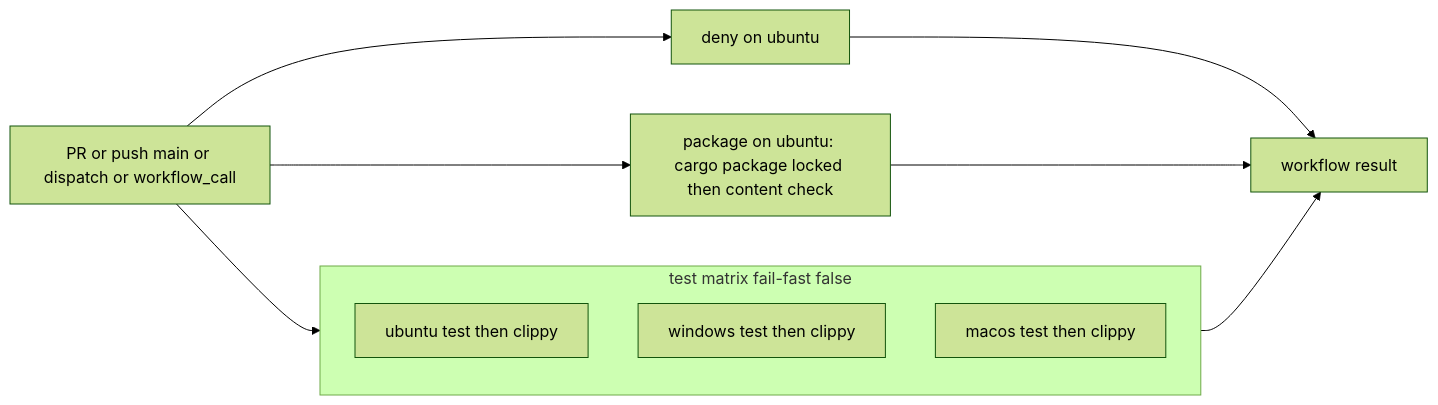
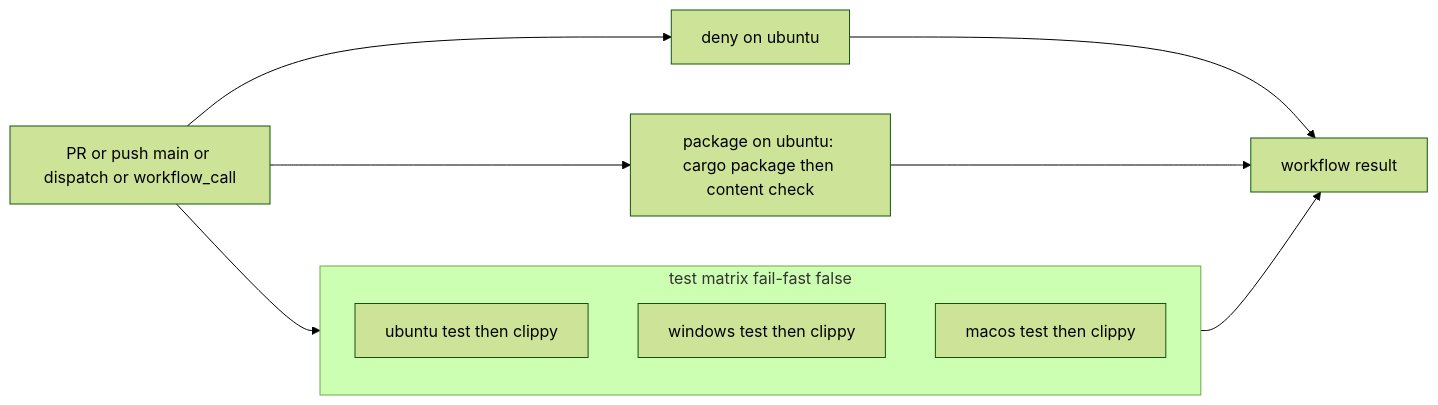
Before and after one commit to ekicyou/shiori4: the second of 2 diagrams in .kiro/specs/crate-publish-ready/design.md, drawn with Mermaid (forest theme). The commit also changed other lines of this file and 2 other files, not shown here.

````diff
--- a/.kiro/specs/crate-publish-ready/design.md
+++ b/.kiro/specs/crate-publish-ready/design.md
@@ -134,16 +129,16 @@
 ```mermaid
 graph LR
     Trigger[PR or push main or dispatch or workflow_call] --> Test
     Trigger --> Deny
     Trigger --> Package
     subgraph Test[test matrix fail-fast false]
         T1[ubuntu test then clippy]
         T2[windows test then clippy]
         T3[macos test then clippy]
     end
     Deny[deny on ubuntu]
-    Package[package on ubuntu: cargo package locked then content check]
+    Package[package on ubuntu: cargo package then content check]
     Test --> Result[workflow result]
     Deny --> Result
     Package --> Result
 ```
````
